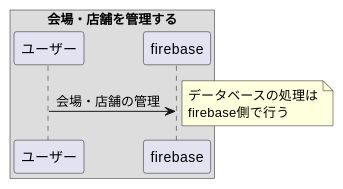
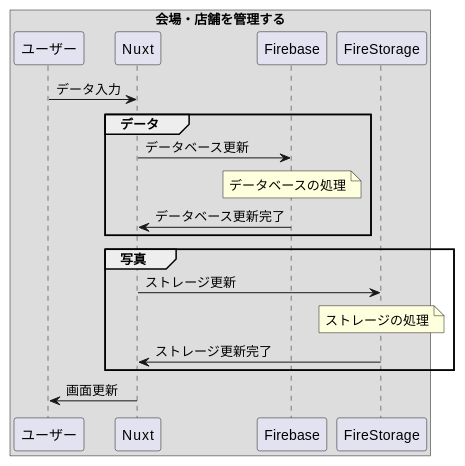
One commit to zakzakst/object-oriented-practice changed the fourth of 7 diagrams in 03_event-shop-app/3_実装用の図.md. Above: the diagram before and after it, drawn with PlantUML. The commit also changed other lines of this file, not shown here.

Commit message:
練習3：イベント店舗管理アプリ（実装用の図追加）

````diff
--- a/03_event-shop-app/3_実装用の図.md
+++ b/03_event-shop-app/3_実装用の図.md
@@ -89,8 +103,26 @@
 ```puml
 @startuml
 box 会場・店舗を管理する
-ユーザー -> firebase: 会場・店舗の管理
-note right : データベースの処理は\nfirebase側で行う
+participant ユーザー
+participant Nuxt
+participant Firebase as FB
+participant FireStorage as FS
+
+ユーザー -> Nuxt : データ入力
+
+group データ
+Nuxt -> FB : データベース更新
+note over FB : データベースの処理
+FB -> Nuxt : データベース更新完了
+end
+
+group 写真
+Nuxt -> FS : ストレージ更新
+note over FS : ストレージの処理
+FS -> Nuxt : ストレージ更新完了
+end
+
+Nuxt -> ユーザー : 画面更新
 end box
 @enduml
 ```
````
